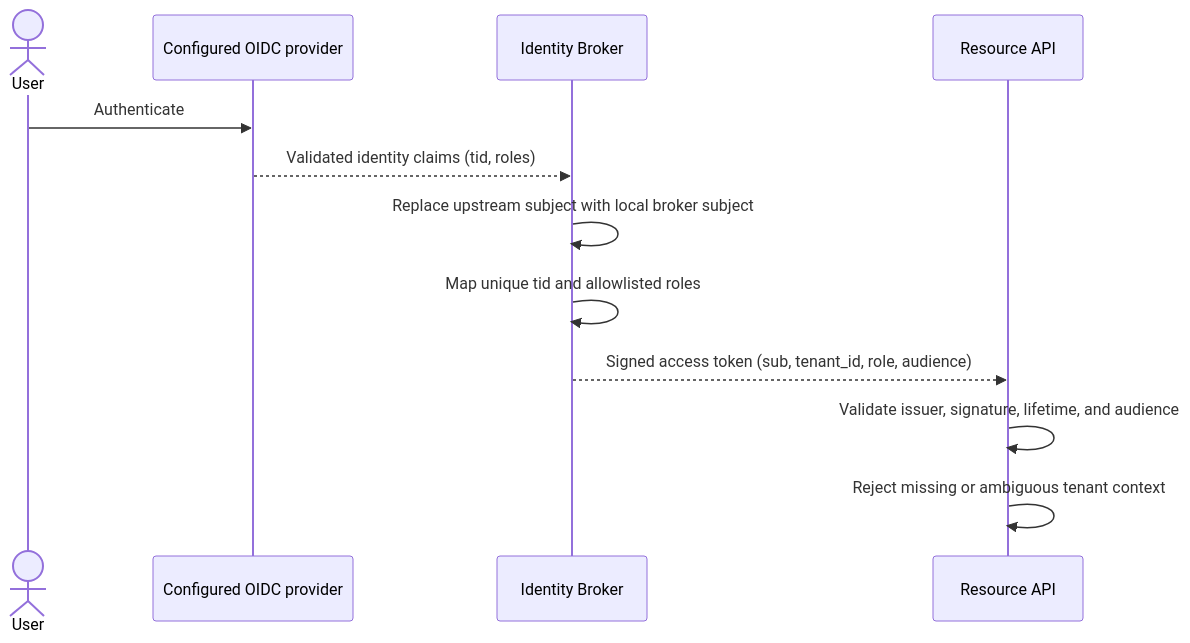
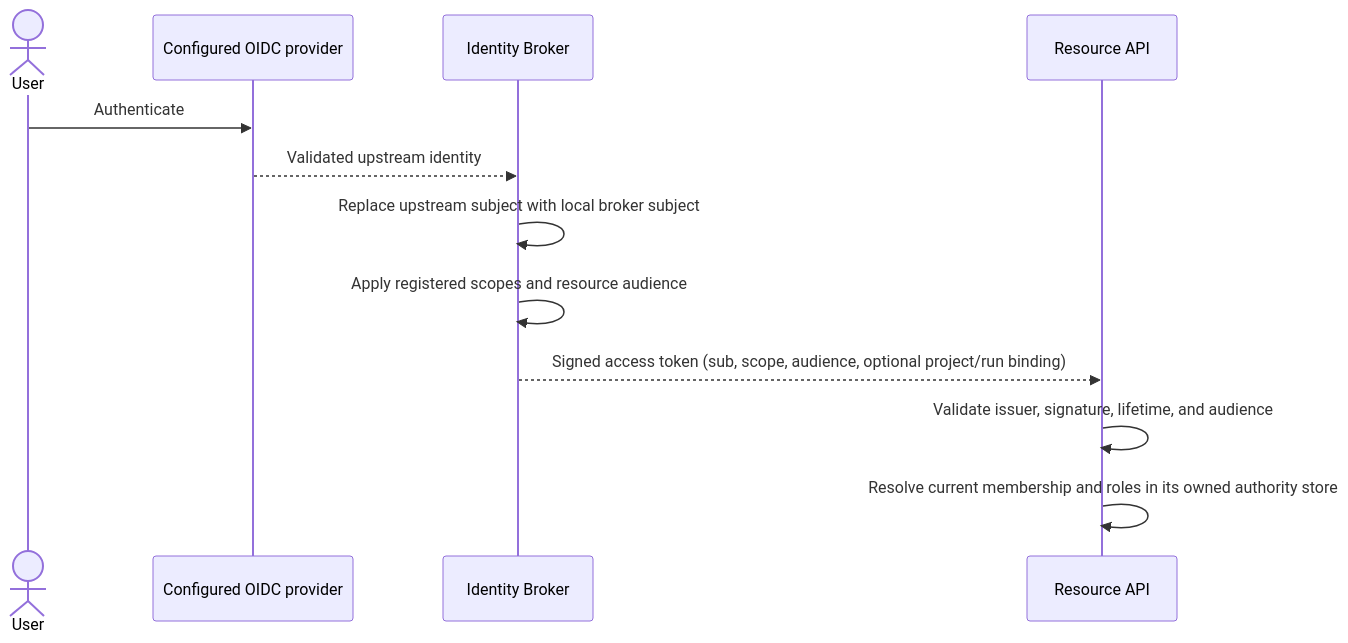
Before and after one commit to sabbour/agentweaver: the diagram in docs/architecture/identity-secrets.md, drawn with Mermaid. The commit also changed other lines of this file and 28 other files, not shown here.

````diff
--- a/docs/architecture/identity-secrets.md
+++ b/docs/architecture/identity-secrets.md
@@ -11,14 +11,14 @@
 ```mermaid
 sequenceDiagram
     actor User
     participant IdP as Configured OIDC provider
     participant Broker as Identity Broker
     participant API as Resource API
     User->>IdP: Authenticate
-    IdP-->>Broker: Validated identity claims (tid, roles)
+    IdP-->>Broker: Validated upstream identity
     Broker->>Broker: Replace upstream subject with local broker subject
-    Broker->>Broker: Map unique tid and allowlisted roles
-    Broker-->>API: Signed access token (sub, tenant_id, role, audience)
+    Broker->>Broker: Apply registered scopes and resource audience
+    Broker-->>API: Signed access token (sub, scope, audience, optional project/run binding)
     API->>API: Validate issuer, signature, lifetime, and audience
-    API->>API: Reject missing or ambiguous tenant context
+    API->>API: Resolve current membership and roles in its owned authority store
 ```
````
